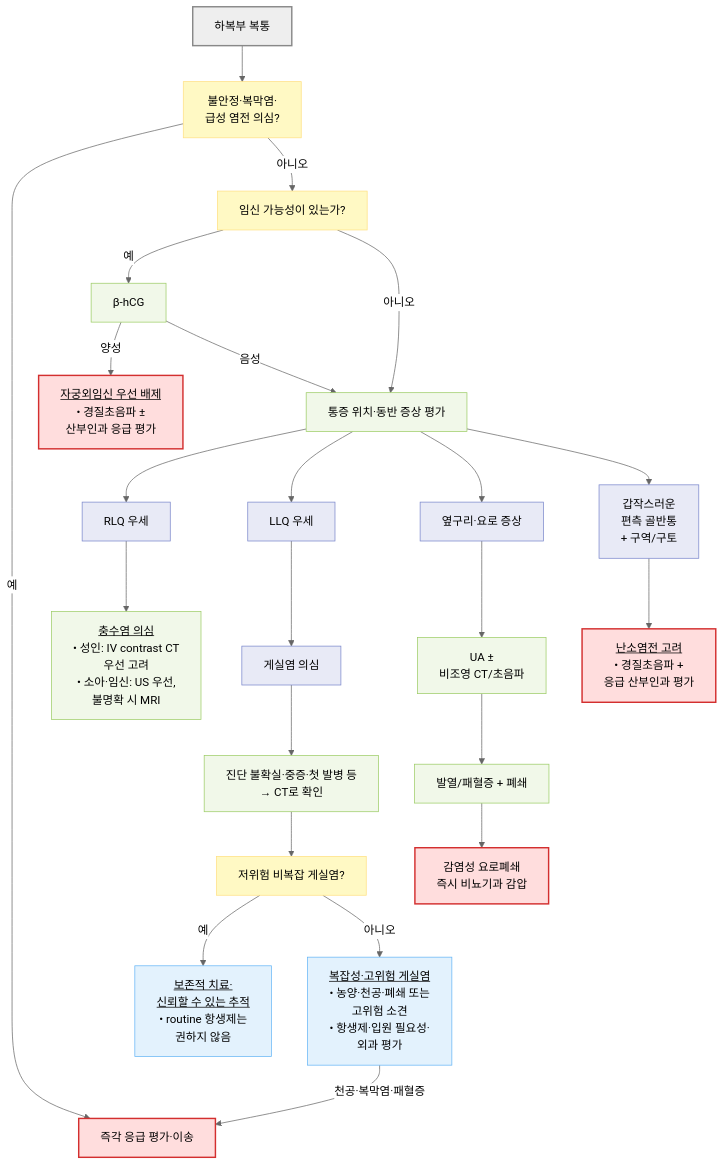
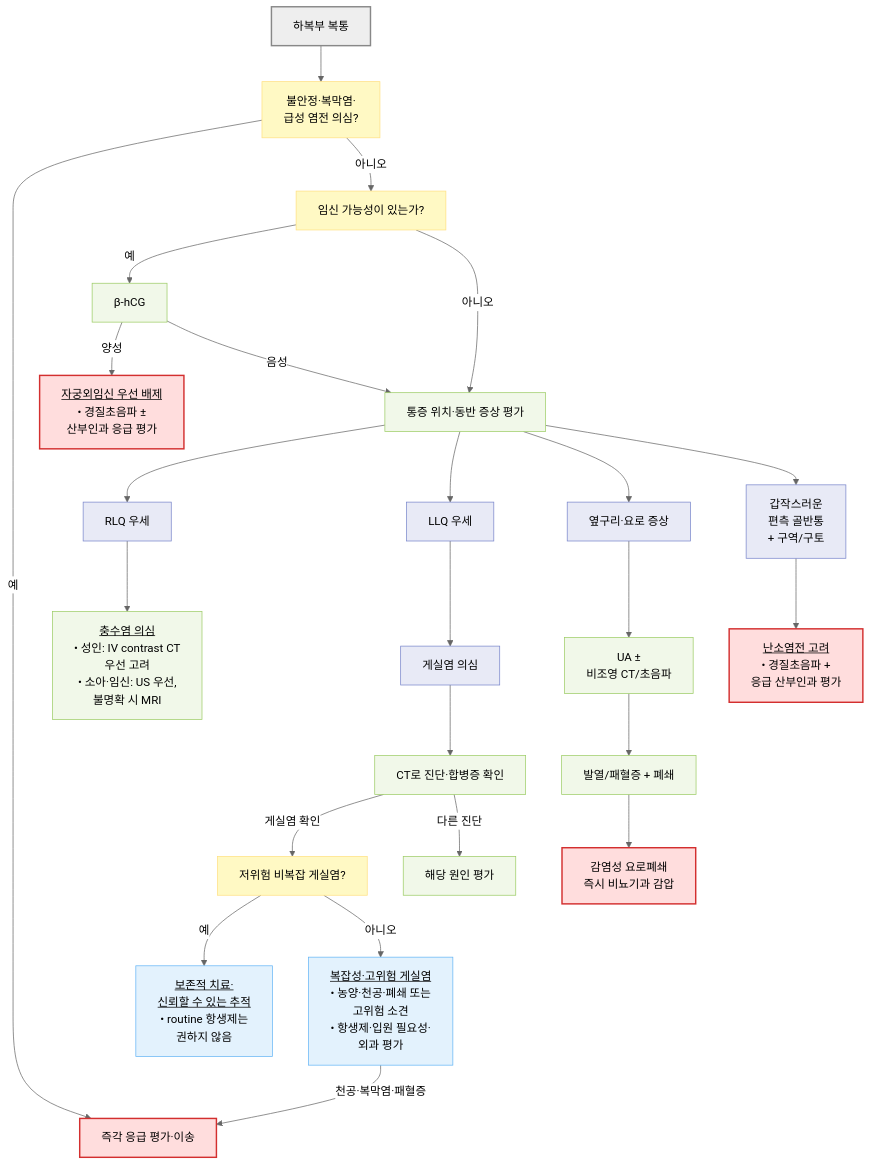
One commit to familyoh77/familyoh77 changed the third of 4 diagrams in 220_/003_-abdominal-pain.md. Above: the diagram before and after it, drawn with Mermaid (neutral theme). The commit also changed other lines of this file, not shown here.

````diff
--- a/220_/003_-abdominal-pain.md
+++ b/220_/003_-abdominal-pain.md
@@ -314,37 +317,38 @@
 ```mermaid
 flowchart TD
     A["하복부 복통"] --> U["불안정·복막염·<br/>급성 염전 의심?"]
     U -- "예" --> V["즉각 응급 평가·이송"]
     U -- "아니오" --> B["임신 가능성이 있는가?"]
     B -- "예" --> C["β-hCG"]
     C -- "양성" --> E["<u>자궁외임신 우선 배제</u><br/>• 경질초음파 ± <br/>산부인과 응급 평가"]
     C -- "음성" --> G
     B -- "아니오" ---> G["통증 위치·동반 증상 평가"]
     G --> H["RLQ 우세"]
     H --> I["<u>충수염 의심</u><br/>• 성인: IV contrast CT <br/>우선 고려<br/>• 소아·임신: US 우선, <br/>불명확 시 MRI"]
     G --> J["LLQ 우세"]
     J --> K["게실염 의심"]
-    K --> L["진단 불확실·중증·첫 발병 등 <br/>→ CT로 확인"]
-    L --> M["저위험 비복잡 게실염?"]
+    K --> L["CT로 진단·합병증 확인"]
+    L -- "게실염 확인" --> M["저위험 비복잡 게실염?"]
+    L -- "다른 진단" --> X["해당 원인 평가"]
     M -- "예" --> N["<u>보존적 치료·<br/>신뢰할 수 있는 추적</u><br/>• routine 항생제는 <br/>권하지 않음"]
     M -- "아니오" --> W["<u>복잡성·고위험 게실염</u><br/>• 농양·천공·폐쇄 또는 <br/>고위험 소견<br/>• 항생제·입원 필요성·<br/>외과 평가"]
     W -- "천공·복막염·패혈증" --> V
     G --> O["옆구리·요로 증상"]
     O --> P["UA ± <br/>비조영 CT/초음파"]
     P --> Q["발열/패혈증 + 폐쇄"]
     Q --> R["감염성 요로폐쇄<br/>즉시 비뇨기과 감압"]
     G --> S["갑작스러운 <br/>편측 골반통 <br/>+ 구역/구토"]
     S --> T["<u>난소염전 고려</u><br/>• 경질초음파 + <br/>응급 산부인과 평가"]
     classDef start fill:#eeeeee,stroke:#888888,stroke-width:2px
     classDef question fill:#fff9c4,stroke:#ffe082
     classDef emergency fill:#ffdddd,stroke:#d32f2f,stroke-width:2px
     classDef evaluation fill:#f1f8e9,stroke:#9ccc65
     classDef treatment fill:#e3f2fd,stroke:#64b5f6
     classDef followup fill:#e8eaf6,stroke:#7986cb
     class A start
     class U,B,M question
     class V,E,R,T emergency
-    class C,G,I,L,P,Q evaluation
+    class C,G,I,L,P,Q,X evaluation
     class N,W treatment
     class H,J,K,O,S followup
 ```
````
